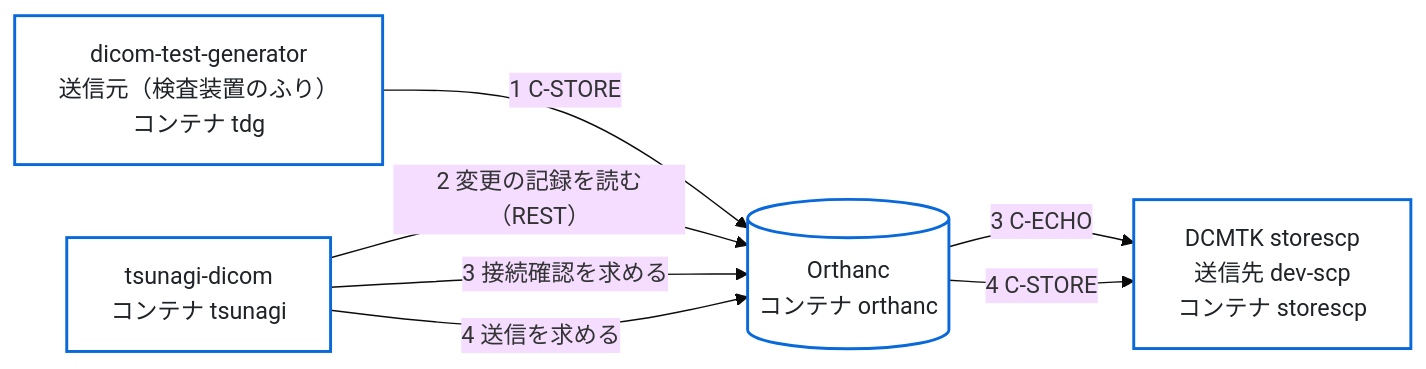
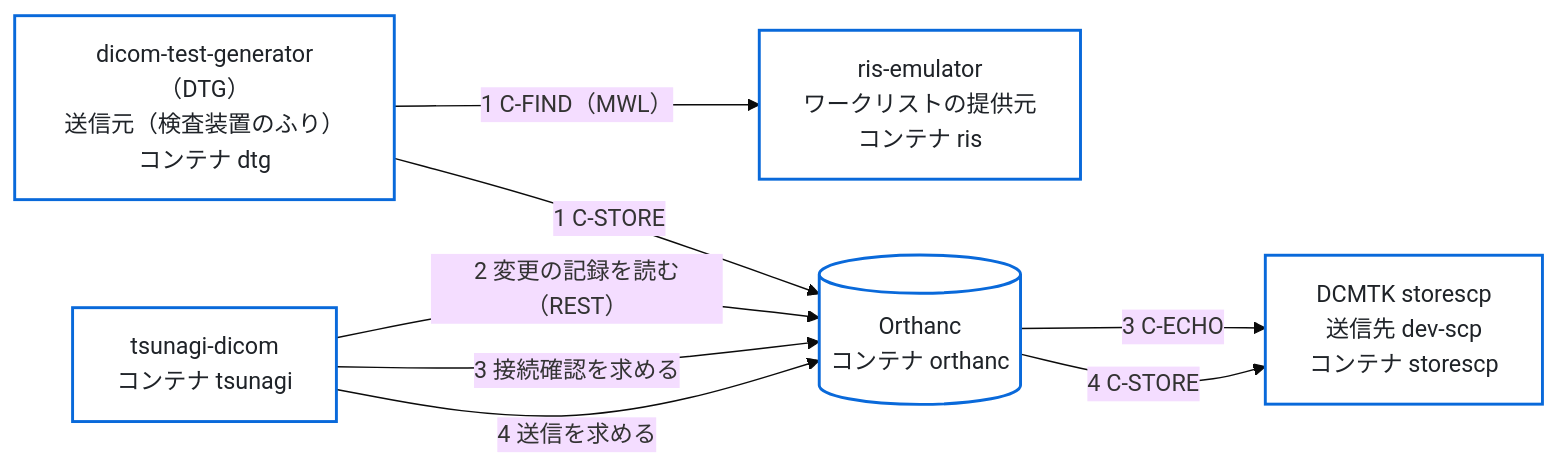
The diagram in docs/round-trip-test.md (jeysunit/tsunagi-dicom), drawn with Mermaid (base theme) before and after one commit. The commit also changed other lines of this file and 10 other files, not shown here.

First line of the commit message:
feat(dev): 略称を DTG に直し、ris-emulator を開発用の一式に足す

````diff
--- a/docs/round-trip-test.md
+++ b/docs/round-trip-test.md
@@ -15,16 +15,18 @@
 ```mermaid
 flowchart LR
   classDef box fill:#ffffff,stroke:#0969da,stroke-width:2px,color:#1f2328
 
-  DTG["dicom-test-generator<br/>送信元（検査装置のふり）<br/>コンテナ tdg"]:::box
+  RIS["ris-emulator<br/>ワークリストの提供元<br/>コンテナ ris"]:::box
+  DTG["dicom-test-generator（DTG）<br/>送信元（検査装置のふり）<br/>コンテナ dtg"]:::box
   OR[("Orthanc<br/>コンテナ orthanc")]:::box
   TD["tsunagi-dicom<br/>コンテナ tsunagi"]:::box
   SCP["DCMTK storescp<br/>送信先 dev-scp<br/>コンテナ storescp"]:::box
 
+  DTG -->|"1 C-FIND（MWL）"| RIS
   DTG -->|"1 C-STORE"| OR
   TD -->|"2 変更の記録を読む（REST）"| OR
   TD -->|"3 接続確認を求める"| OR
   OR -->|"3 C-ECHO"| SCP
   TD -->|"4 送信を求める"| OR
   OR -->|"4 C-STORE"| SCP
 ```
````
